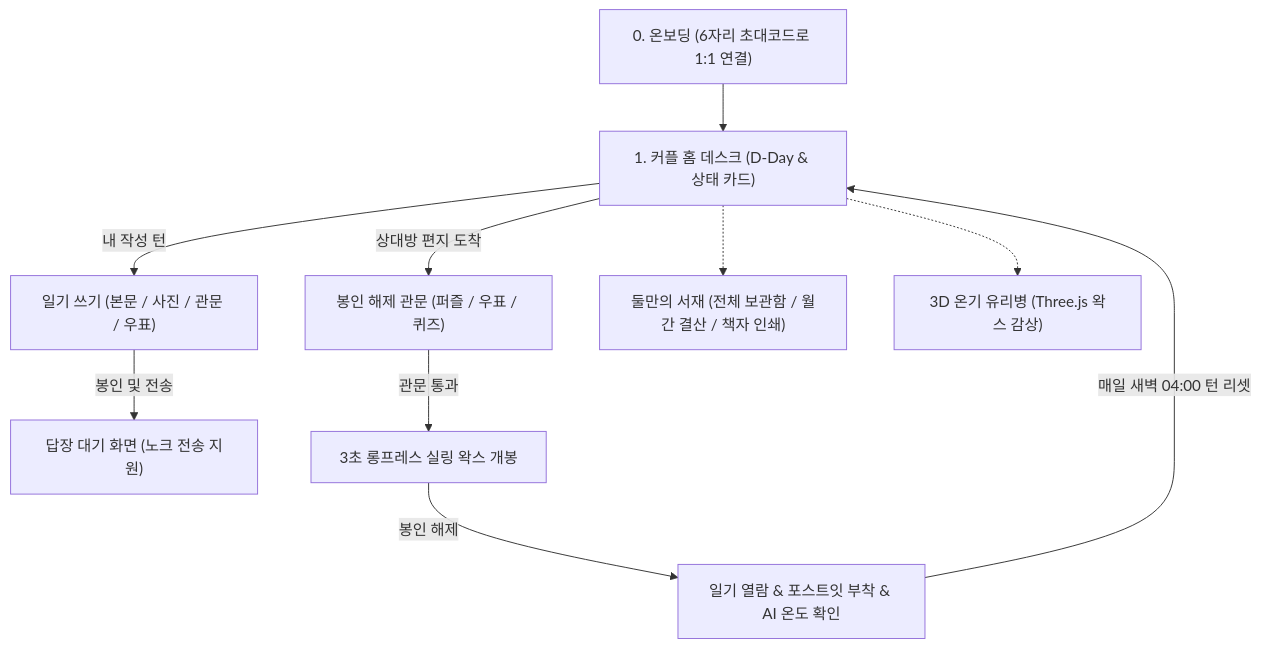
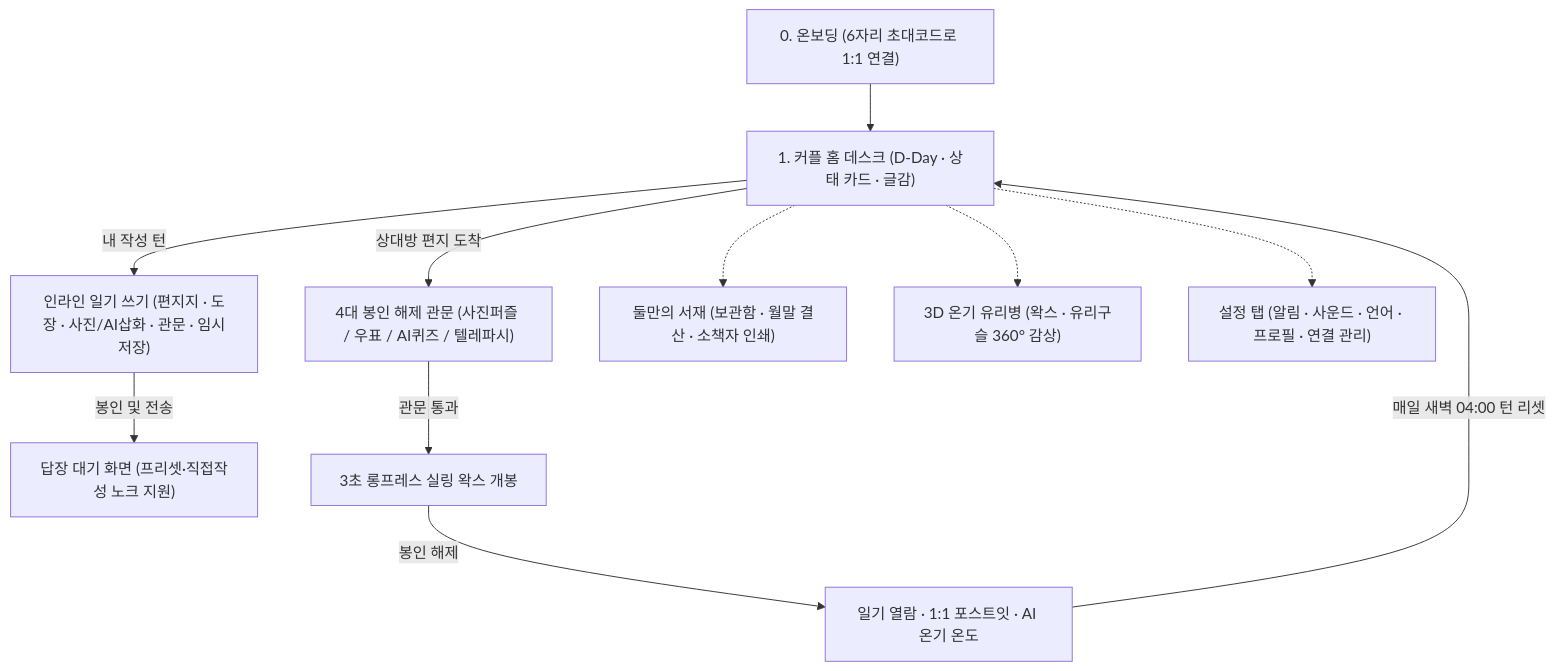
One commit to meisteryi/Warmth changed the diagram in README.md. Above: the diagram before and after it, drawn with Mermaid. The commit also changed other lines of this file, not shown here.

````diff
--- a/README.md
+++ b/README.md
@@ -75,12 +92,13 @@
 ```mermaid
 flowchart TD
-    A["0. 온보딩 (6자리 초대코드로 1:1 연결)"] --> B["1. 커플 홈 데스크 (D-Day & 상태 카드)"]
-    B -->|"내 작성 턴"| C["일기 쓰기 (본문 / 사진 / 관문 / 우표)"]
-    B -->|"상대방 편지 도착"| D["봉인 해제 관문 (퍼즐 / 우표 / 퀴즈)"]
-    C -->|"봉인 및 전송"| E["답장 대기 화면 (노크 전송 지원)"]
+    A["0. 온보딩 (6자리 초대코드로 1:1 연결)"] --> B["1. 커플 홈 데스크 (D-Day · 상태 카드 · 글감)"]
+    B -->|"내 작성 턴"| C["인라인 일기 쓰기 (편지지 · 도장 · 사진/AI삽화 · 관문 · 임시저장)"]
+    B -->|"상대방 편지 도착"| D["4대 봉인 해제 관문 (사진퍼즐 / 우표 / AI퀴즈 / 텔레파시)"]
+    C -->|"봉인 및 전송"| E["답장 대기 화면 (프리셋·직접작성 노크 지원)"]
     D -->|"관문 통과"| F["3초 롱프레스 실링 왁스 개봉"]
-    F -->|"봉인 해제"| G["일기 열람 & 포스트잇 부착 & AI 온도 확인"]
+    F -->|"봉인 해제"| G["일기 열람 · 1:1 포스트잇 · AI 온기 온도"]
     G -->|"매일 새벽 04:00 턴 리셋"| B
-    B -.-> H["둘만의 서재 (전체 보관함 / 월간 결산 / 책자 인쇄)"]
-    B -.-> I["3D 온기 유리병 (Three.js 왁스 감상)"]
+    B -.-> H["둘만의 서재 (보관함 · 월말 결산 · 소책자 인쇄)"]
+    B -.-> I["3D 온기 유리병 (왁스 · 유리구슬 360° 감상)"]
+    B -.-> J["설정 탭 (알림 · 사운드 · 언어 · 프로필 · 연결 관리)"]
 ```
````
